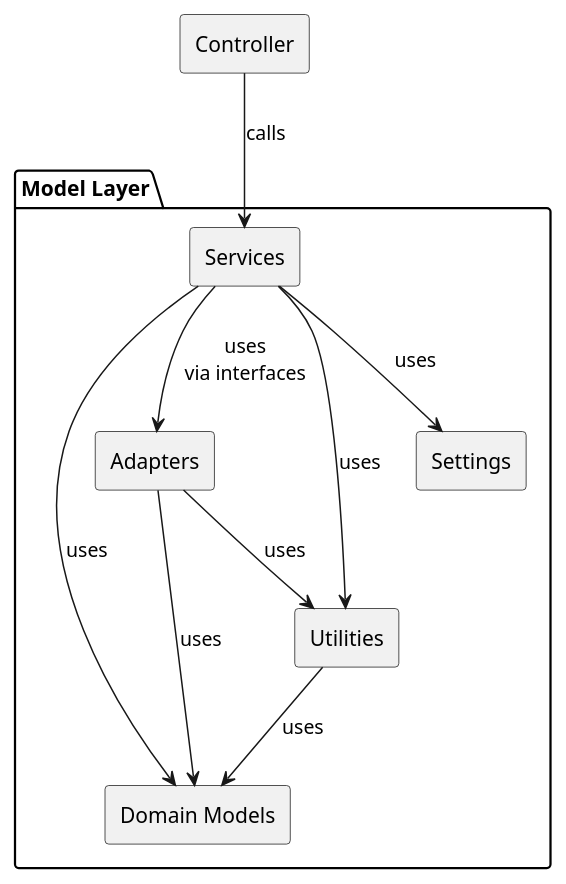
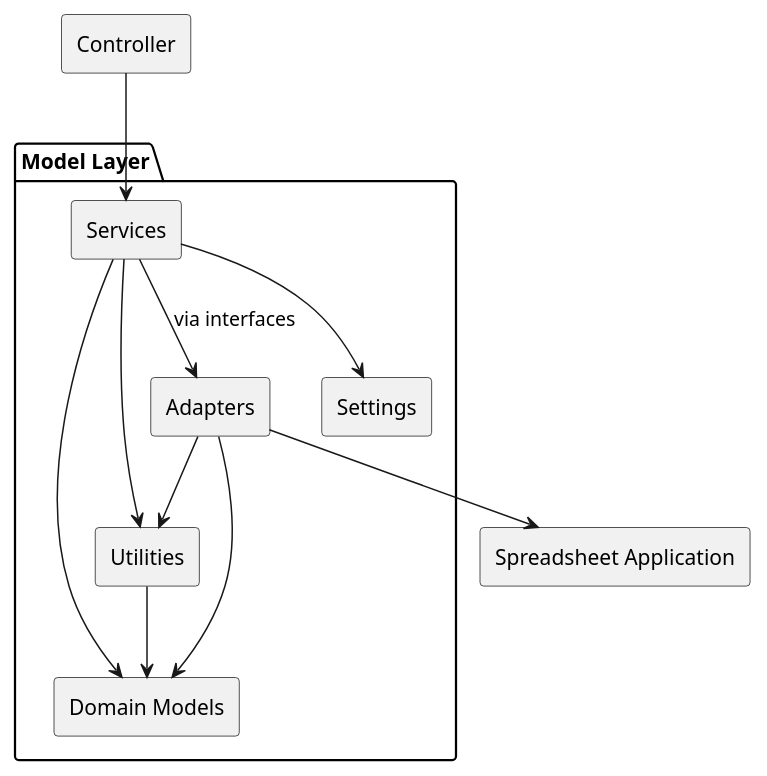
Before and after one commit to ByeByeExcel/SpreadsheetExplorer: the diagram in diagrams/plantuml/architecture/model_overview.puml, drawn with PlantUML. The commit also changed 11 other files, not shown here.

Commit message:
* add diagrams * small refactoring of dependency_graph.py * improved README.md

```diff
--- a/diagrams/plantuml/architecture/model_overview.puml
+++ b/diagrams/plantuml/architecture/model_overview.puml
@@ -1,29 +1,31 @@
 @startuml
 skinparam componentStyle rectangle
 skinparam defaultTextAlignment center
 
 package "Model Layer" {
-
   [Domain Models] as DomainModel
   [Services] as Services
   [Adapters] as Adapters
   [Utilities] as Utils
   [Settings] as Settings
 }
 
+[Spreadsheet Application] as SpreadsheetApplication
+
 ' External component
 [Controller] as Controller
 
 ' Dependencies inside model layer
-Services --> DomainModel : uses
-Services --> Utils : uses
-Services --> Adapters : uses\nvia interfaces
-Services --> Settings: uses
-Adapters --> Utils : uses
-Adapters --> DomainModel : uses
-Utils --> DomainModel : uses
+Services --> DomainModel
+Services --> Utils
+Services --> Adapters: via interfaces
+Services --> Settings
+Adapters --> Utils
+Adapters --> DomainModel
+Utils --> DomainModel
 
 ' External interaction
-Controller --> Services : calls
+Controller --> Services
+Adapters --> SpreadsheetApplication
 
 @enduml
```
